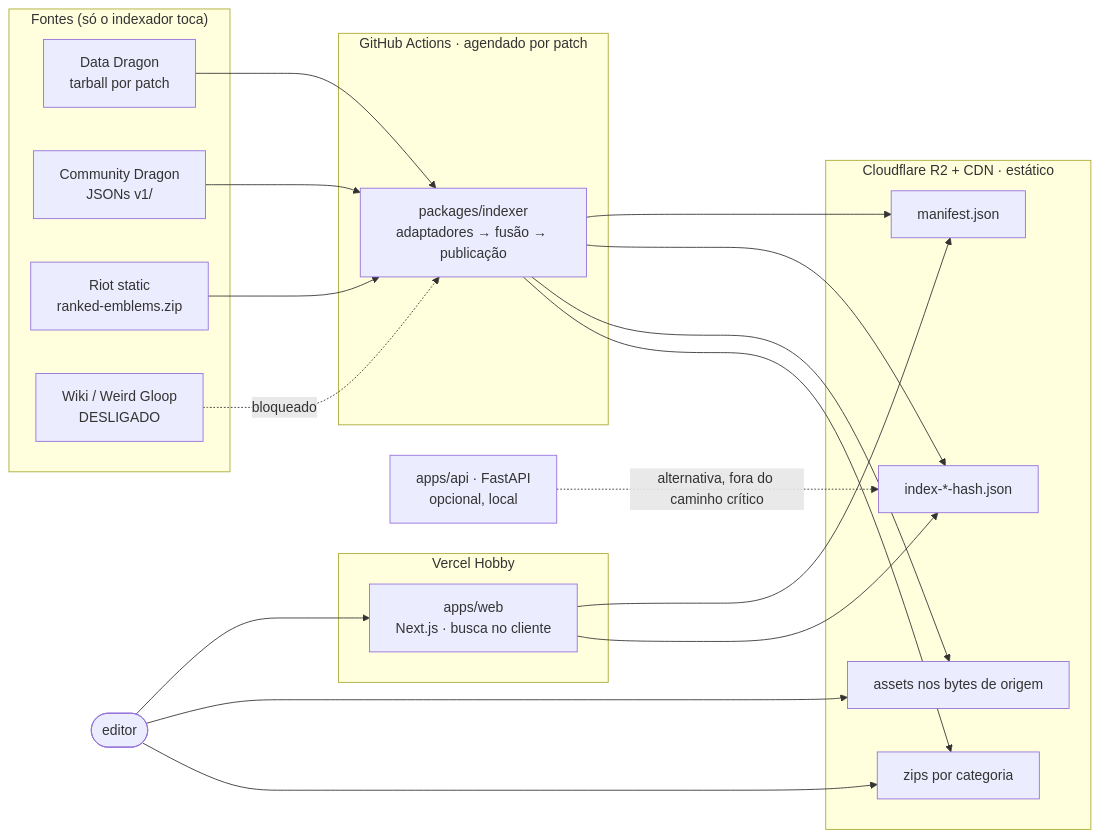
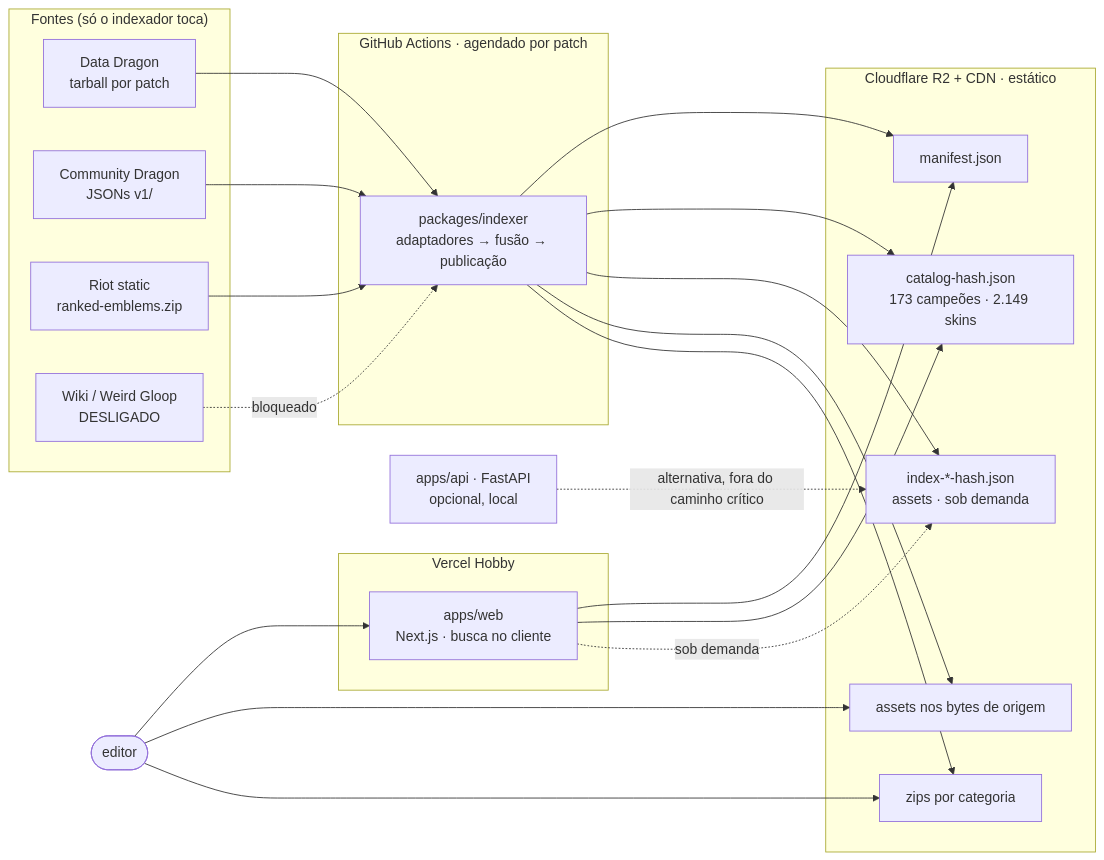
The first of 4 diagrams in docs/SPEC.md (NihonCodingg/PROJETO-ASSETS-LOL), drawn with Mermaid before and after one commit. The commit also changed other lines of this file and 12 other files, not shown here.

````diff
--- a/docs/SPEC.md
+++ b/docs/SPEC.md
@@ -126,38 +135,40 @@
 ```mermaid
 flowchart LR
     subgraph fontes["Fontes (só o indexador toca)"]
         DD[Data Dragon<br/>tarball por patch]
         CD[Community Dragon<br/>JSONs v1/]
         RS[Riot static<br/>ranked-emblems.zip]
         WK[Wiki / Weird Gloop<br/>DESLIGADO]
     end
 
     subgraph ci["GitHub Actions · agendado por patch"]
         IDX[packages/indexer<br/>adaptadores → fusão → publicação]
     end
 
     subgraph r2["Cloudflare R2 + CDN · estático"]
         MAN[manifest.json]
-        SHARD[index-*-hash.json]
+        CAT["catalog-hash.json<br/>173 campeões · 2.149 skins"]
+        SHARD["index-*-hash.json<br/>assets · sob demanda"]
         ASSET[assets nos bytes de origem]
         ZIP[zips por categoria]
     end
 
     subgraph vercel["Vercel Hobby"]
         WEB[apps/web<br/>Next.js · busca no cliente]
     end
 
     USER([editor])
 
     DD --> IDX
     CD --> IDX
     RS --> IDX
     WK -. bloqueado .-> IDX
-    IDX --> MAN & SHARD & ASSET & ZIP
+    IDX --> MAN & CAT & SHARD & ASSET & ZIP
     USER --> WEB
-    WEB --> MAN & SHARD
+    WEB --> MAN & CAT
+    WEB -. sob demanda .-> SHARD
     USER --> ASSET & ZIP
 
     API[apps/api · FastAPI<br/>opcional, local]
     API -.->|alternativa, fora do caminho crítico| SHARD
 ```
````
